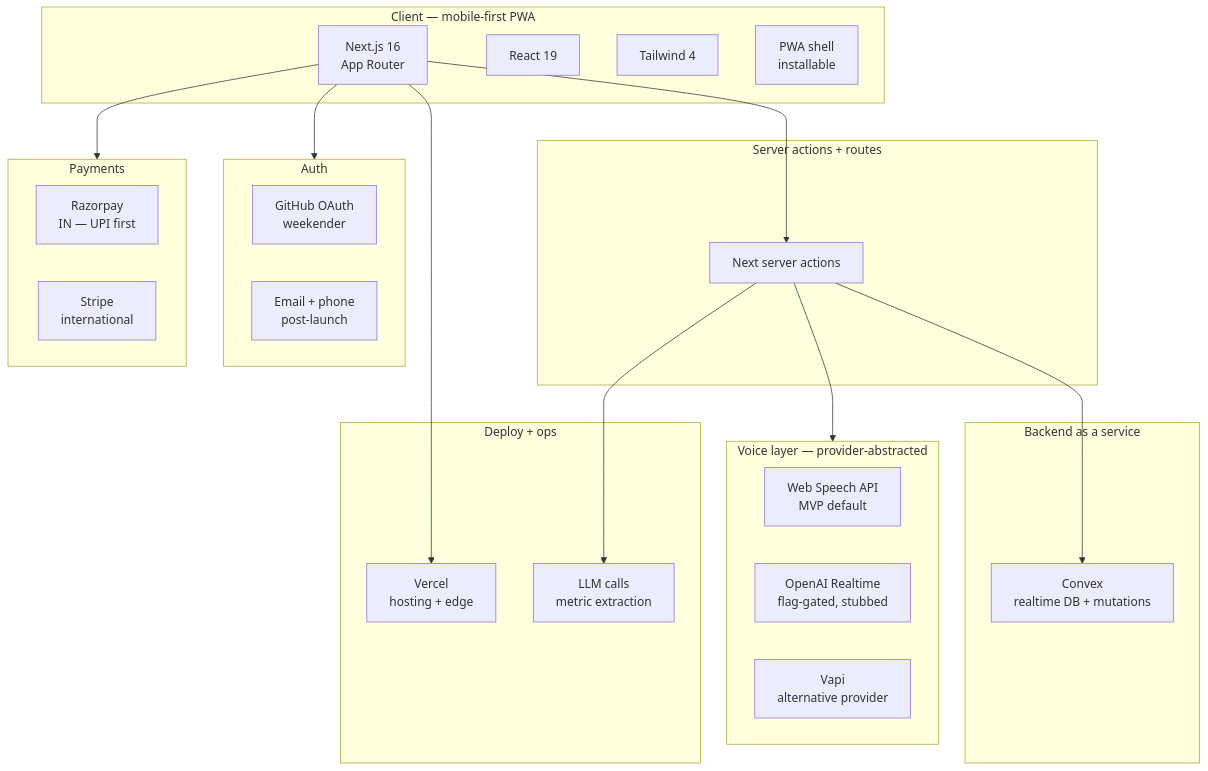
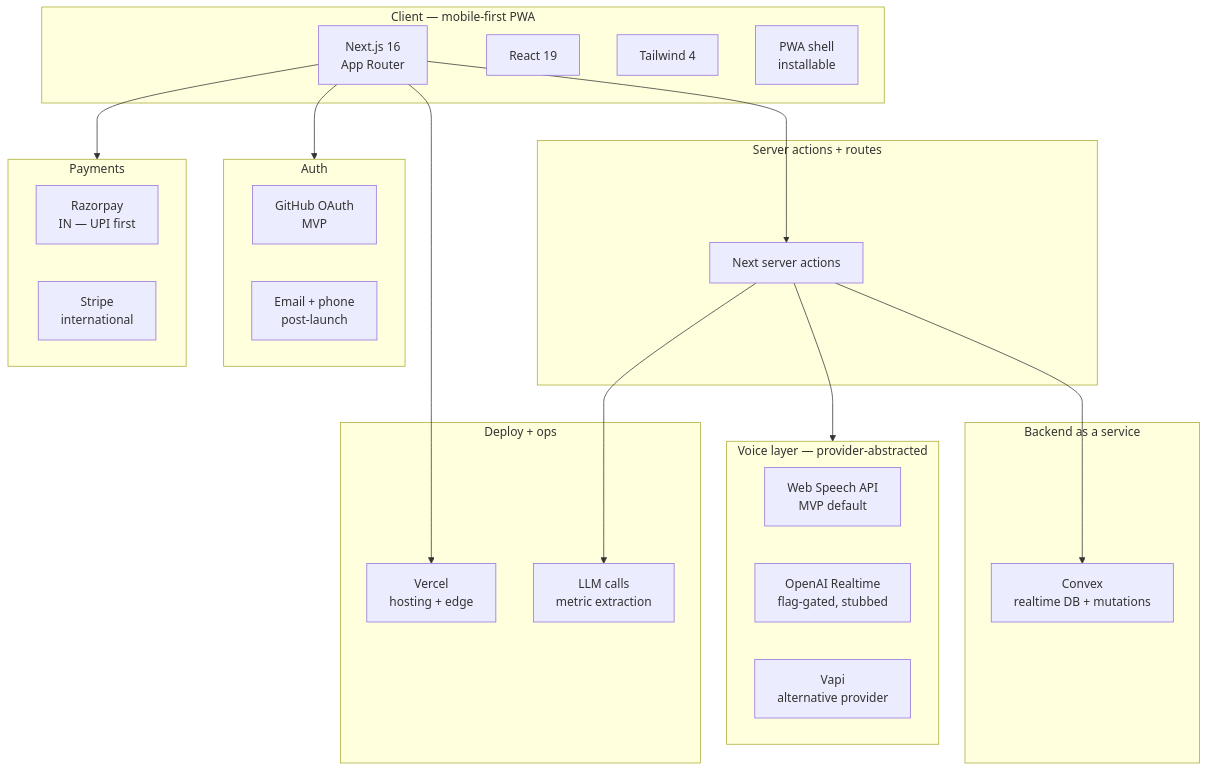
Before and after one commit to rewant24/autoimmune-health-companion: the seventh of 7 diagrams in docs/build-plan.md, drawn with Mermaid. The commit also changed other lines of this file and 6 other files, not shown here.

First line of the commit message:
docs: scrub AI Weekender Builder Handbook references in favor of MVP/playbook framing

````diff
--- a/docs/build-plan.md
+++ b/docs/build-plan.md
@@ -956,46 +956,46 @@
 ```mermaid
 graph TD
     subgraph Client["Client — mobile-first PWA"]
         NX[Next.js 16<br/>App Router]
         RE[React 19]
         TW[Tailwind 4]
         PWA[PWA shell<br/>installable]
     end
 
     subgraph BFF["Server actions + routes"]
         SA[Next server actions]
     end
 
     subgraph Backend["Backend as a service"]
         CV[Convex<br/>realtime DB + mutations]
     end
 
     subgraph Voice["Voice layer — provider-abstracted"]
         WS[Web Speech API<br/>MVP default]
         OR[OpenAI Realtime<br/>flag-gated, stubbed]
         VP[Vapi<br/>alternative provider]
     end
 
     subgraph Auth["Auth"]
-        GH[GitHub OAuth<br/>weekender]
+        GH[GitHub OAuth<br/>MVP]
         EP[Email + phone<br/>post-launch]
     end
 
     subgraph Payments["Payments"]
         RZ[Razorpay<br/>IN — UPI first]
         ST[Stripe<br/>international]
     end
 
     subgraph Deploy["Deploy + ops"]
         VC[Vercel<br/>hosting + edge]
         LLM[LLM calls<br/>metric extraction]
     end
 
     NX --> SA
     SA --> CV
     SA --> Voice
     SA --> LLM
     NX --> Auth
     NX --> Payments
     NX --> VC
 ```
````
